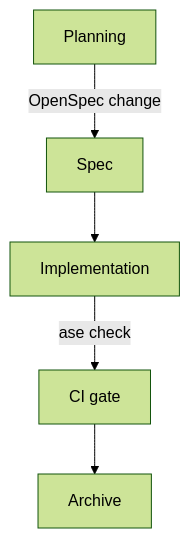
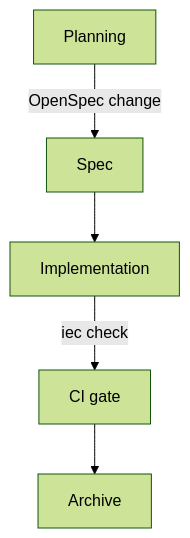
Before and after one commit to intent-engineering-for-coding-agents/book: the diagram in content/foundation/plain-text-as-code.md, drawn with Mermaid (forest theme). The commit also changed 147 other files, not shown here.

First line of the commit message:
chore(rename): replace ASE abbreviation and ase CLI references with IEC/iec

````diff
--- a/content/foundation/plain-text-as-code.md
+++ b/content/foundation/plain-text-as-code.md
@@ -33,7 +33,7 @@
 ```mermaid
 graph TD
     A[Planning] -->|OpenSpec change| B[Spec]
     B --> C[Implementation]
-    C -->|ase check| D[CI gate]
+    C -->|iec check| D[CI gate]
     D --> E[Archive]
 ```
````
